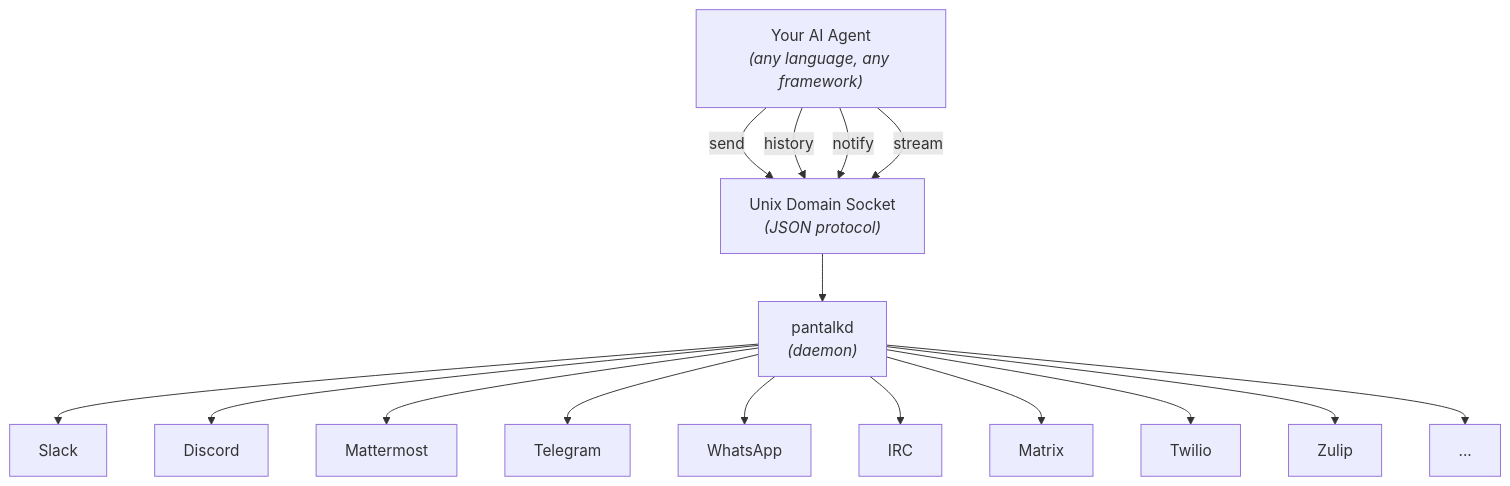
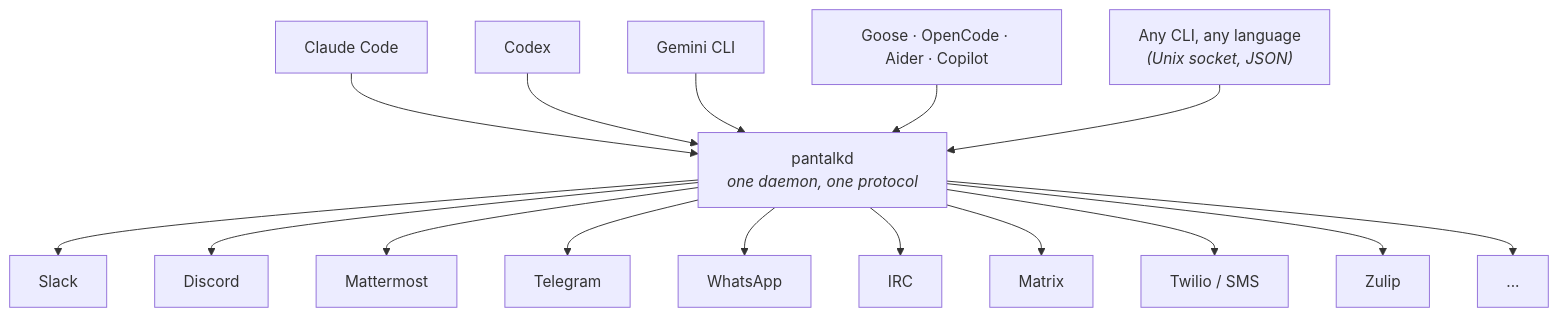
One commit to pantalk/pantalk changed the diagram in README.md. Above: the diagram before and after it, drawn with Mermaid. The commit also changed other lines of this file and 9 other files, not shown here.

````diff
--- a/README.md
+++ b/README.md
@@ -26,20 +40,19 @@
 ```mermaid
 graph TD
-    Agent["Your AI Agent<br/><em>(any language, any framework)</em>"]
-    Agent -->|send| Socket
-    Agent -->|history| Socket
-    Agent -->|notify| Socket
-    Agent -->|stream| Socket
-    Socket["Unix Domain Socket<br/><em>(JSON protocol)</em>"]
-    Socket --> Daemon["pantalkd<br/><em>(daemon)</em>"]
+    Claude["Claude Code"] --> Daemon
+    Codex["Codex"] --> Daemon
+    Gemini["Gemini CLI"] --> Daemon
+    Goose["Goose · OpenCode · Aider · Copilot"] --> Daemon
+    Any["Any CLI, any language<br/><em>(Unix socket, JSON)</em>"] --> Daemon
+    Daemon["pantalkd<br/><em>one daemon, one protocol</em>"]
     Daemon --> Slack
     Daemon --> Discord
     Daemon --> Mattermost
     Daemon --> Telegram
     Daemon --> WhatsApp
     Daemon --> IRC
     Daemon --> Matrix
-    Daemon --> Twilio
+    Daemon --> Twilio["Twilio / SMS"]
     Daemon --> Zulip
     Daemon --> More["..."]
 ```
````
